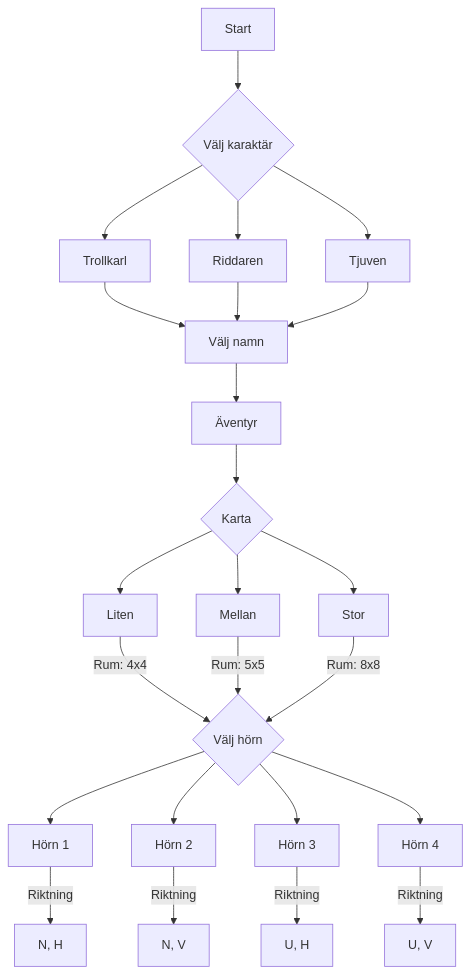
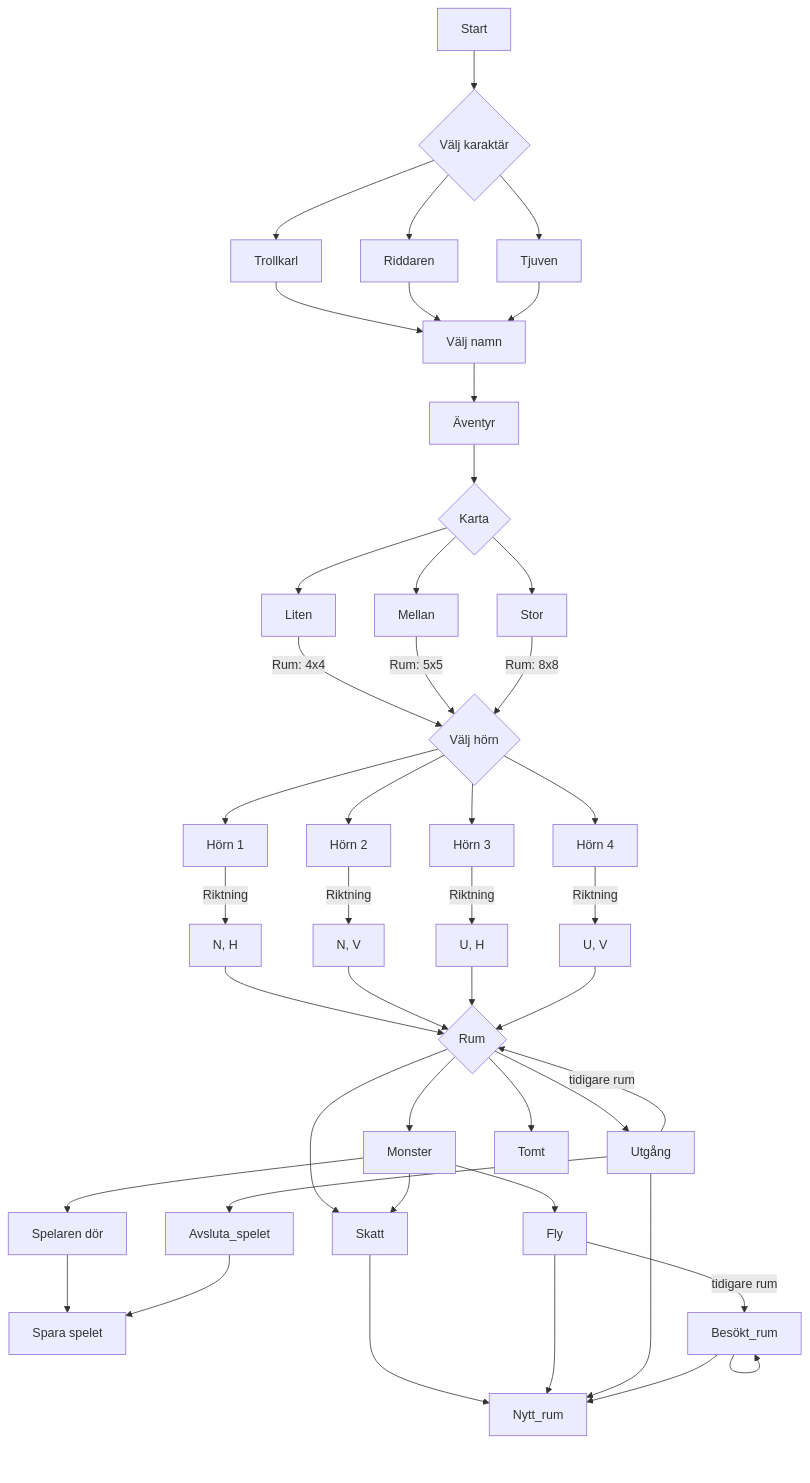
The diagram in sequence_diagram.md (MarioKhalaf/Lag-2), drawn with Mermaid before and after one commit.

````diff
--- a/sequence_diagram.md
+++ b/sequence_diagram.md
@@ -1,27 +1,48 @@
 ```mermaid
 graph TD
     A[Start] -->B{Välj karaktär}
     B --> D[Trollkarl]
     B --> E[Riddaren]
     B --> F[Tjuven]
     D --> G[Välj namn]
     E --> G[Välj namn]
     F --> G[Välj namn]
     G --> H[Äventyr]
     H --> I{Karta}
     I --> J[Liten]
     I --> K[Mellan]
     I --> L[Stor]
     J --> |Rum: 4x4|M{Välj hörn}
     K --> |Rum: 5x5|M{Välj hörn}
     L --> |Rum: 8x8|M{Välj hörn}
     M --> N[Hörn 1]
     M --> O[Hörn 2]
     M --> P[Hörn 3]
     M --> Q[Hörn 4]
     N --> |Riktning| R[N, H]
     O --> |Riktning| S[N, V]
     P --> |Riktning| T[U, H]
     Q --> |Riktning| U[U, V]
-    
+    R --> V{Rum}
+    S --> V
+    T --> V
+    U --> V
+    V --> Skatt
+    V --> Monster
+    V --> Utgång
+    V --> Tomt
+    Monster --> Skatt 
+    Skatt --> Nytt_rum
+    Monster --> Game_over[Spelaren dör]
+    Game_over --> Spara_spelet
+    Monster --> Fly
+    Fly --> |tidigare rum|Besökt_rum
+    Fly --> Nytt_rum
+    Utgång --> |tidigare rum|V
+    Utgång --> Nytt_rum
+    Utgång --> Avsluta_spelet
+    Avsluta_spelet --> Spara_spelet[Spara spelet]
+    Besökt_rum --> Besökt_rum
+    Besökt_rum --> Nytt_rum
+
 ```
````
